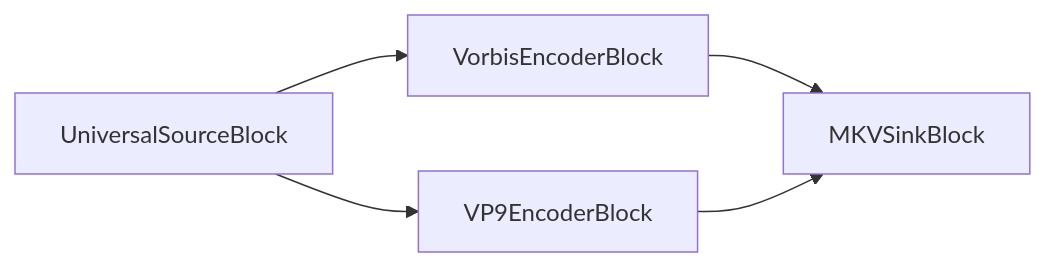
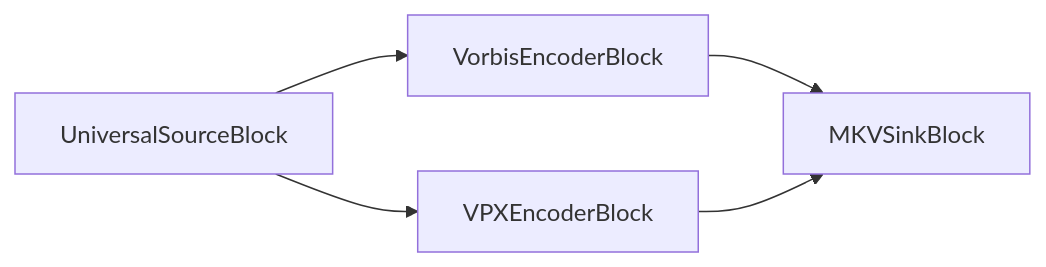
The fourth of 30 diagrams in dotnet/mediablocks/Sinks/index.es.md (visioforge/help), drawn with Mermaid before and after one commit. The commit also changed other lines of this file and 222 other files, not shown here.

````diff
--- a/dotnet/mediablocks/Sinks/index.es.md
+++ b/dotnet/mediablocks/Sinks/index.es.md
@@ -297,7 +297,7 @@
 ```mermaid
 graph LR;
     UniversalSourceBlock-->VorbisEncoderBlock;
-    UniversalSourceBlock-->VP9EncoderBlock;
+    UniversalSourceBlock-->VPXEncoderBlock;
     VorbisEncoderBlock-->MKVSinkBlock;
-    VP9EncoderBlock-->MKVSinkBlock;
+    VPXEncoderBlock-->MKVSinkBlock;
 ```
````
